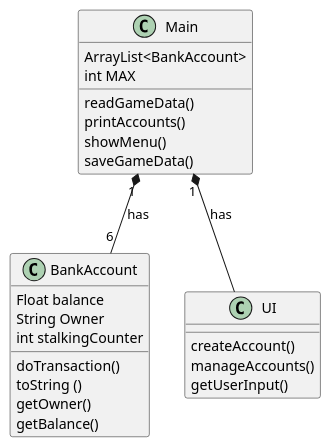
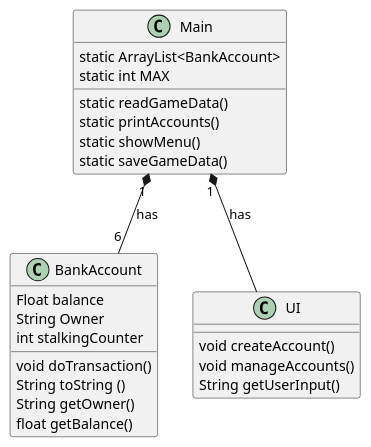
The diagram in Arbejdsmappe/IntelliJ/bank/src/Overview.puml (coerth/Opgaver), drawn with PlantUML before and after one commit. The commit also changed 7 other files, not shown here.

Commit message:
domain diagram

```diff
--- a/Arbejdsmappe/IntelliJ/bank/src/Overview.puml
+++ b/Arbejdsmappe/IntelliJ/bank/src/Overview.puml
@@ -1,26 +1,26 @@
 @startuml
 'https://plantuml.com/sequence-diagram
 
 Main "1" *-- "6" BankAccount : has
 Main "1" *-- UI : has
 
 BankAccount : Float balance
 BankAccount : String Owner
 BankAccount : int stalkingCounter
-BankAccount : doTransaction()
-BankAccount : toString ()
-BankAccount : getOwner()
-BankAccount : getBalance()
+BankAccount : void doTransaction()
+BankAccount : String toString ()
+BankAccount : String getOwner()
+BankAccount : float getBalance()
 
-UI : createAccount()
-UI : manageAccounts()
-UI : getUserInput()
+UI : void createAccount()
+UI : void manageAccounts()
+UI : String getUserInput()
 
-Main : ArrayList<BankAccount>
-Main : int MAX
-Main : readGameData()
-Main : printAccounts()
-Main : showMenu()
-Main : saveGameData()
+Main : static ArrayList<BankAccount>
+Main : static int MAX
+Main : static readGameData()
+Main : static printAccounts()
+Main : static showMenu()
+Main : static saveGameData()
 
 @enduml
```
